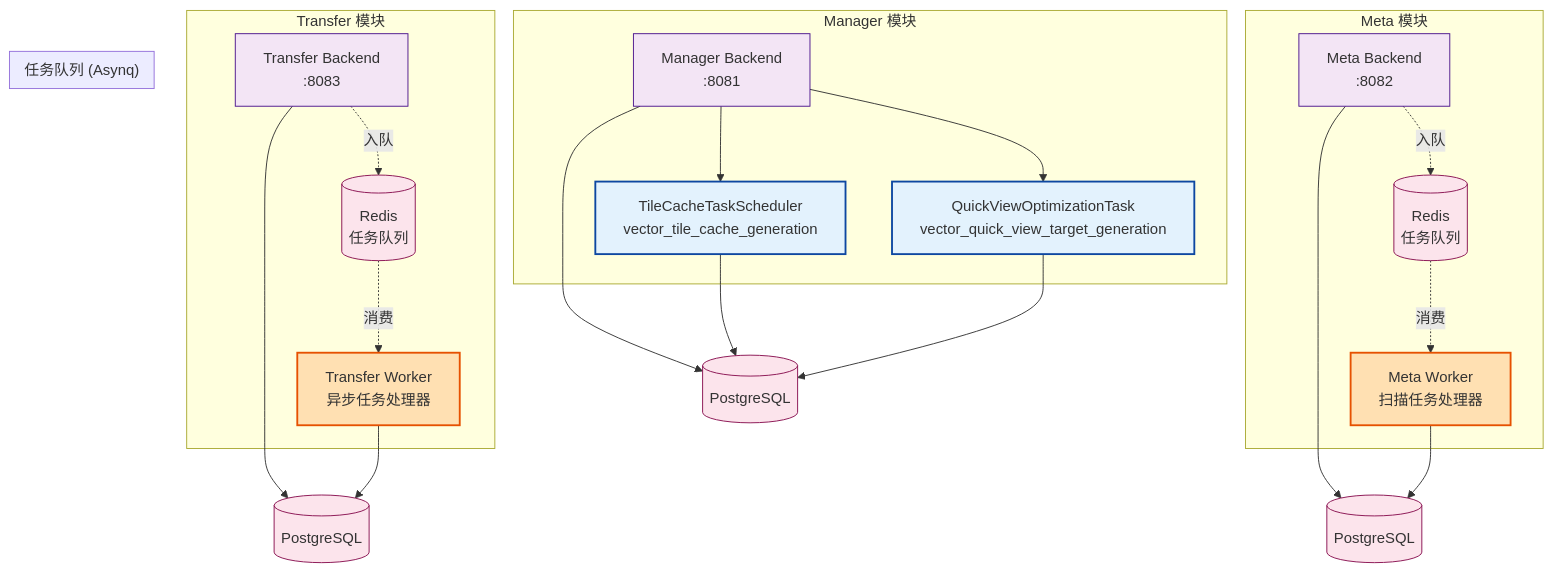
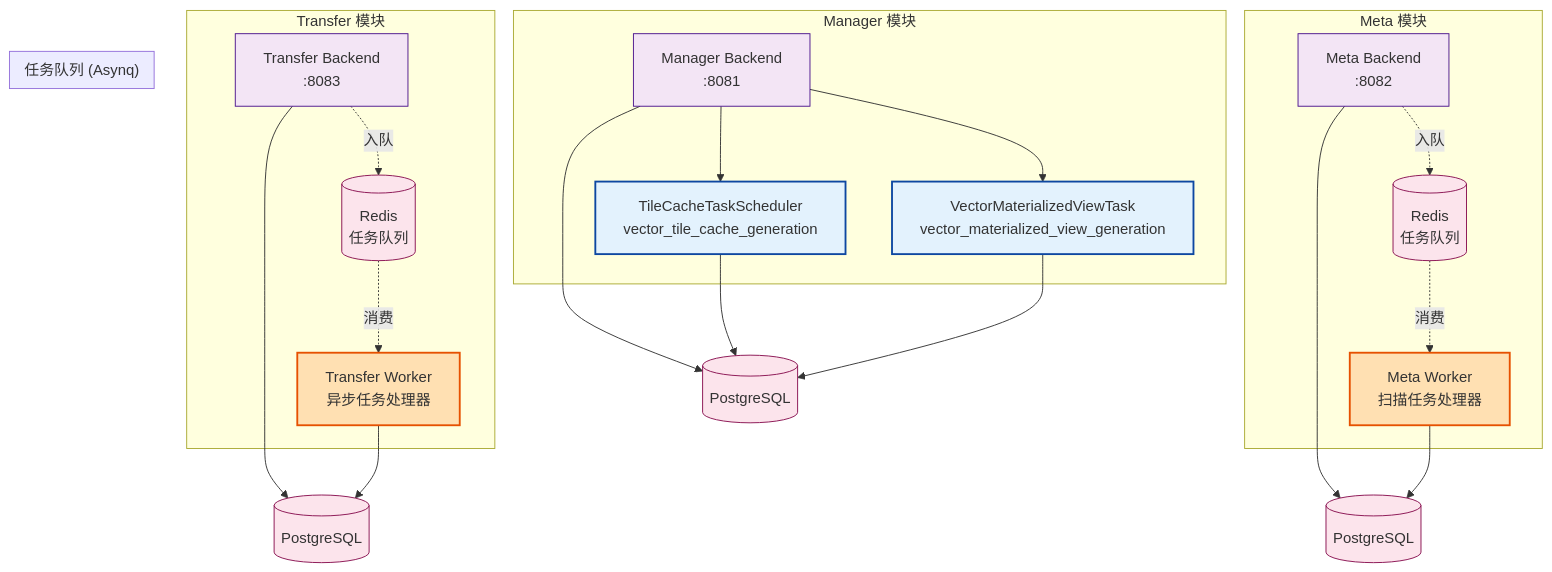
The fourth of 12 diagrams in docs/concepts/addp模块架构图.md (pampa0629/addp), drawn with Mermaid before and after one commit. The commit also changed other lines of this file and 188 other files, not shown here.

````diff
--- a/docs/concepts/addp模块架构图.md
+++ b/docs/concepts/addp模块架构图.md
@@ -277,47 +277,47 @@
 ```mermaid
 graph TB
     subgraph "Transfer 模块"
         TB[Transfer Backend<br/>:8083]
         TW[Transfer Worker<br/>异步任务处理器]
         TB -.入队.-> Redis
         Redis -.消费.-> TW
     end
 
     subgraph "Meta 模块"
         MB[Meta Backend<br/>:8082]
         MW[Meta Worker<br/>扫描任务处理器]
         MB -.入队.-> Redis2[Redis]
         Redis2 -.消费.-> MW
     end
 
     subgraph "Manager 模块"
         MB2[Manager Backend<br/>:8081]
         TCS[TileCacheTaskScheduler<br/>vector_tile_cache_generation]
-        QVO[QuickViewOptimizationTask<br/>vector_quick_view_target_generation]
+        QVO[VectorMaterializedViewTask<br/>vector_materialized_view_generation]
         MB2 --> TCS
         MB2 --> QVO
     end
 
     subgraph "任务队列 (Asynq)"
         Redis[(Redis<br/>任务队列)]
         Redis2[(Redis<br/>任务队列)]
     end
 
     TB --> PostgreSQL[(PostgreSQL)]
     TW --> PostgreSQL
     MB --> PostgreSQL2[(PostgreSQL)]
     MW --> PostgreSQL2
     MB2 --> PostgreSQL3[(PostgreSQL)]
     TCS --> PostgreSQL3
     QVO --> PostgreSQL3
 
     classDef backend fill:#f3e5f5,stroke:#4a148c
     classDef worker fill:#ffe0b2,stroke:#e65100,stroke-width:2px
     classDef scheduler fill:#e3f2fd,stroke:#0d47a1,stroke-width:2px
     classDef infra fill:#fce4ec,stroke:#880e4f
 
     class TB,MB,MB2 backend
     class TW,MW worker
     class TCS,QVO scheduler
     class Redis,Redis2,PostgreSQL,PostgreSQL2,PostgreSQL3 infra
 ```
````
